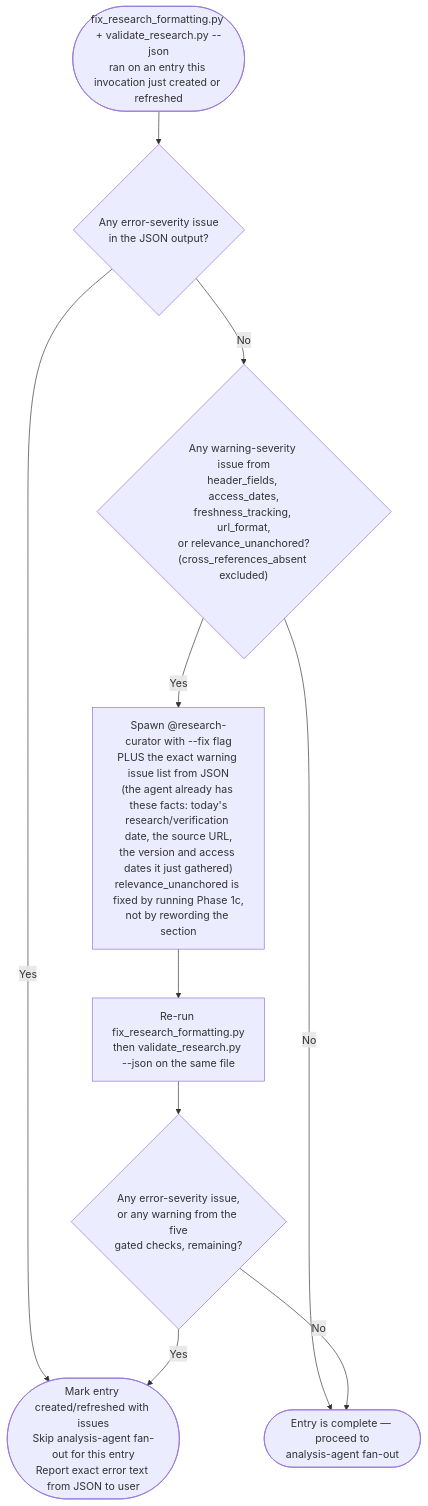
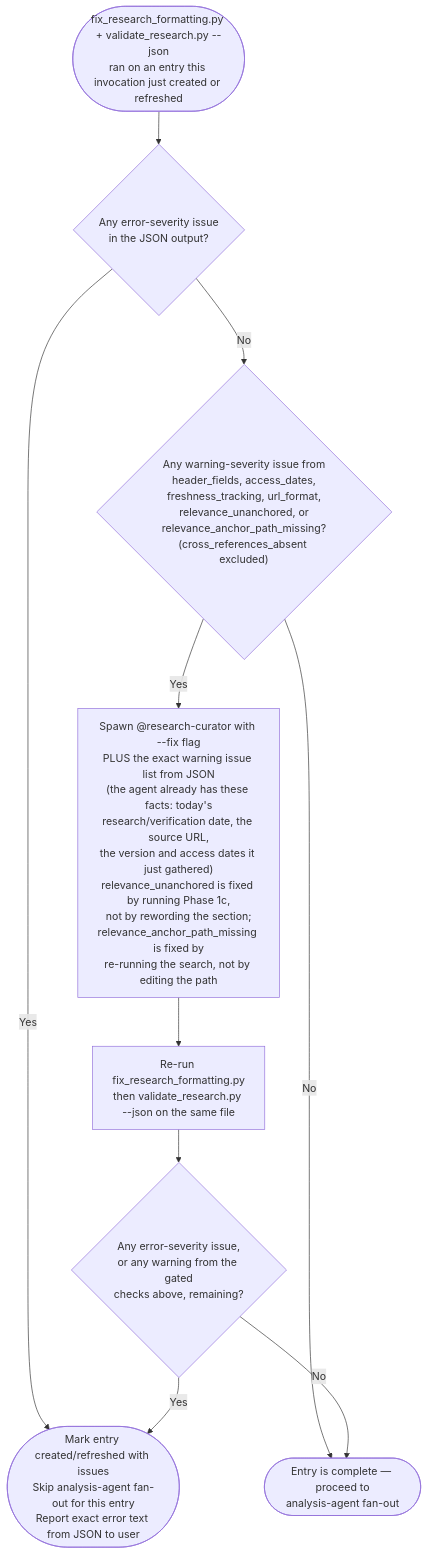
Before and after one commit to Jamie-BitFlight/claude_skills: the diagram in .claude/skills/research-curator/references/validation-rules.md, drawn with Mermaid.

Commit message:
fix(research-curator): add the new gate to the flowchart, not just the prose
The must-fix gate's Mermaid diagram still named only the original five checks
after `relevance_anchor_path_missing` joined them in the prose above it. The
diagram is the executable half of that section, so an orchestrator following it
would have let the new warning through while the paragraph said it must not.
Both halves now list the same set, and the `SpawnFix` node says how the new one
is fixed — re-run the search, do not edit the path to something that resolves.

````diff
--- a/.claude/skills/research-curator/references/validation-rules.md
+++ b/.claude/skills/research-curator/references/validation-rules.md
@@ -37,12 +37,12 @@
 ```mermaid
 flowchart TD
     Start(["fix_research_formatting.py + validate_research.py --json<br>ran on an entry this invocation just created or refreshed"]) --> HasErr{"Any error-severity issue<br>in the JSON output?"}
     HasErr -->|"Yes"| MarkIssues(["Mark entry created/refreshed with issues<br>Skip analysis-agent fan-out for this entry<br>Report exact error text from JSON to user"])
-    HasErr -->|"No"| HasGatedWarn{"Any warning-severity issue from<br>header_fields, access_dates,<br>freshness_tracking, url_format,<br>or relevance_unanchored?<br>(cross_references_absent excluded)"}
+    HasErr -->|"No"| HasGatedWarn{"Any warning-severity issue from<br>header_fields, access_dates,<br>freshness_tracking, url_format,<br>relevance_unanchored, or<br>relevance_anchor_path_missing?<br>(cross_references_absent excluded)"}
     HasGatedWarn -->|"No"| Proceed(["Entry is complete — proceed to<br>analysis-agent fan-out"])
-    HasGatedWarn -->|"Yes"| SpawnFix["Spawn @research-curator with --fix flag<br>PLUS the exact warning issue list from JSON<br>(the agent already has these facts: today's<br>research/verification date, the source URL,<br>the version and access dates it just gathered)<br>relevance_unanchored is fixed by running Phase 1c,<br>not by rewording the section"]
+    HasGatedWarn -->|"Yes"| SpawnFix["Spawn @research-curator with --fix flag<br>PLUS the exact warning issue list from JSON<br>(the agent already has these facts: today's<br>research/verification date, the source URL,<br>the version and access dates it just gathered)<br>relevance_unanchored is fixed by running Phase 1c,<br>not by rewording the section;<br>relevance_anchor_path_missing is fixed by<br>re-running the search, not by editing the path"]
     SpawnFix --> Rerun["Re-run fix_research_formatting.py<br>then validate_research.py --json on the same file"]
-    Rerun --> HasErr2{"Any error-severity issue,<br>or any warning from the five<br>gated checks, remaining?"}
+    Rerun --> HasErr2{"Any error-severity issue,<br>or any warning from the gated<br>checks above, remaining?"}
     HasErr2 -->|"Yes"| MarkIssues
     HasErr2 -->|"No"| Proceed
 ```
````
